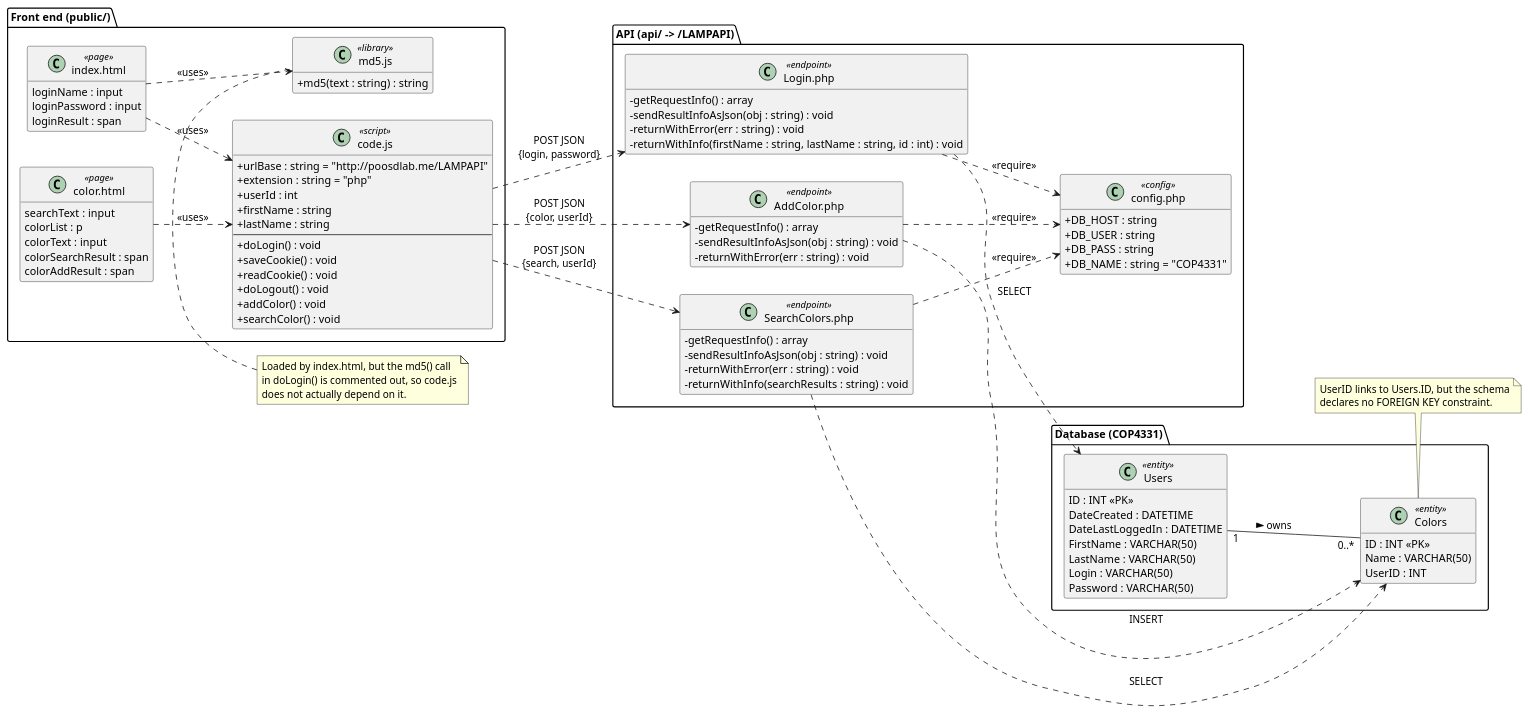
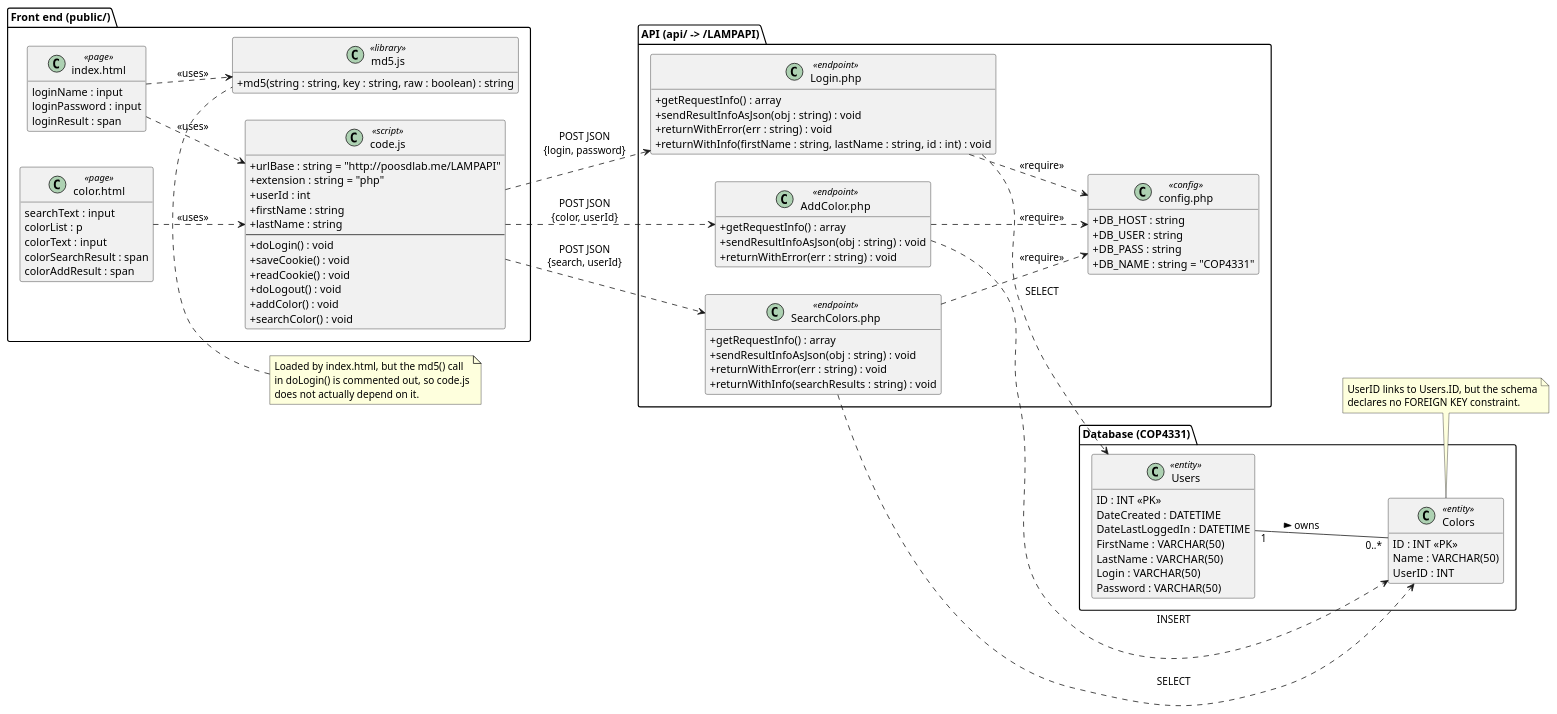
One commit to JoshuaE92/PoosdProject changed the diagram in docs/uml/class.puml. Above: the diagram before and after it, drawn with PlantUML. The commit also changed 5 other files, not shown here.

First line of the commit message:
Fix UML diagrams after review against code and class readings

```diff
--- a/docs/uml/class.puml
+++ b/docs/uml/class.puml
@@ -1,112 +1,112 @@
 @startuml class
 ' Class Diagram - COLORS web application
 ' The app is not written with classes, so each file/module is modeled as a
 ' class with a stereotype, and each DB table as an <<entity>>.
 skinparam classAttributeIconSize 0
 hide empty members
 left to right direction
 
 package "Front end (public/)" {
   class "index.html" as IndexPage <<page>> {
     loginName : input
     loginPassword : input
     loginResult : span
   }
   class "color.html" as ColorPage <<page>> {
     searchText : input
     colorList : p
     colorText : input
     colorSearchResult : span
     colorAddResult : span
   }
   class "code.js" as CodeJS <<script>> {
     +urlBase : string = "http://poosdlab.me/LAMPAPI"
     +extension : string = "php"
     +userId : int
     +firstName : string
     +lastName : string
     --
     +doLogin() : void
     +saveCookie() : void
     +readCookie() : void
     +doLogout() : void
     +addColor() : void
     +searchColor() : void
   }
   class "md5.js" as MD5 <<library>> {
-    +md5(text : string) : string
+    +md5(string : string, key : string, raw : boolean) : string
   }
 }
 
 package "API (api/ -> /LAMPAPI)" {
   class "Login.php" as LoginAPI <<endpoint>> {
-    -getRequestInfo() : array
-    -sendResultInfoAsJson(obj : string) : void
-    -returnWithError(err : string) : void
-    -returnWithInfo(firstName : string, lastName : string, id : int) : void
+    +getRequestInfo() : array
+    +sendResultInfoAsJson(obj : string) : void
+    +returnWithError(err : string) : void
+    +returnWithInfo(firstName : string, lastName : string, id : int) : void
   }
   class "AddColor.php" as AddColorAPI <<endpoint>> {
-    -getRequestInfo() : array
-    -sendResultInfoAsJson(obj : string) : void
-    -returnWithError(err : string) : void
+    +getRequestInfo() : array
+    +sendResultInfoAsJson(obj : string) : void
+    +returnWithError(err : string) : void
   }
   class "SearchColors.php" as SearchAPI <<endpoint>> {
-    -getRequestInfo() : array
-    -sendResultInfoAsJson(obj : string) : void
-    -returnWithError(err : string) : void
-    -returnWithInfo(searchResults : string) : void
+    +getRequestInfo() : array
+    +sendResultInfoAsJson(obj : string) : void
+    +returnWithError(err : string) : void
+    +returnWithInfo(searchResults : string) : void
   }
   class "config.php" as Config <<config>> {
     +DB_HOST : string
     +DB_USER : string
     +DB_PASS : string
     +DB_NAME : string = "COP4331"
   }
 }
 
 package "Database (COP4331)" {
   class Users <<entity>> {
     {field} ID : INT <<PK>>
     {field} DateCreated : DATETIME
     {field} DateLastLoggedIn : DATETIME
     {field} FirstName : VARCHAR(50)
     {field} LastName : VARCHAR(50)
     {field} Login : VARCHAR(50)
     {field} Password : VARCHAR(50)
   }
   class Colors <<entity>> {
     {field} ID : INT <<PK>>
     {field} Name : VARCHAR(50)
     {field} UserID : INT
   }
 }
 
 IndexPage ..> CodeJS : <<uses>>
 IndexPage ..> MD5 : <<uses>>
 ColorPage ..> CodeJS : <<uses>>
 
 CodeJS ..> LoginAPI : POST JSON\n{login, password}
 CodeJS ..> AddColorAPI : POST JSON\n{color, userId}
 CodeJS ..> SearchAPI : POST JSON\n{search, userId}
 
 LoginAPI ..> Config : <<require>>
 AddColorAPI ..> Config : <<require>>
 SearchAPI ..> Config : <<require>>
 
 LoginAPI ..> Users : SELECT
 AddColorAPI ..> Colors : INSERT
 SearchAPI ..> Colors : SELECT
 
 Users "1" -- "0..*" Colors : owns >
 
 note top of MD5
   Loaded by index.html, but the md5() call
   in doLogin() is commented out, so code.js
   does not actually depend on it.
 end note
 
 note bottom of Colors
   UserID links to Users.ID, but the schema
   declares no FOREIGN KEY constraint.
 end note
 @enduml
```
